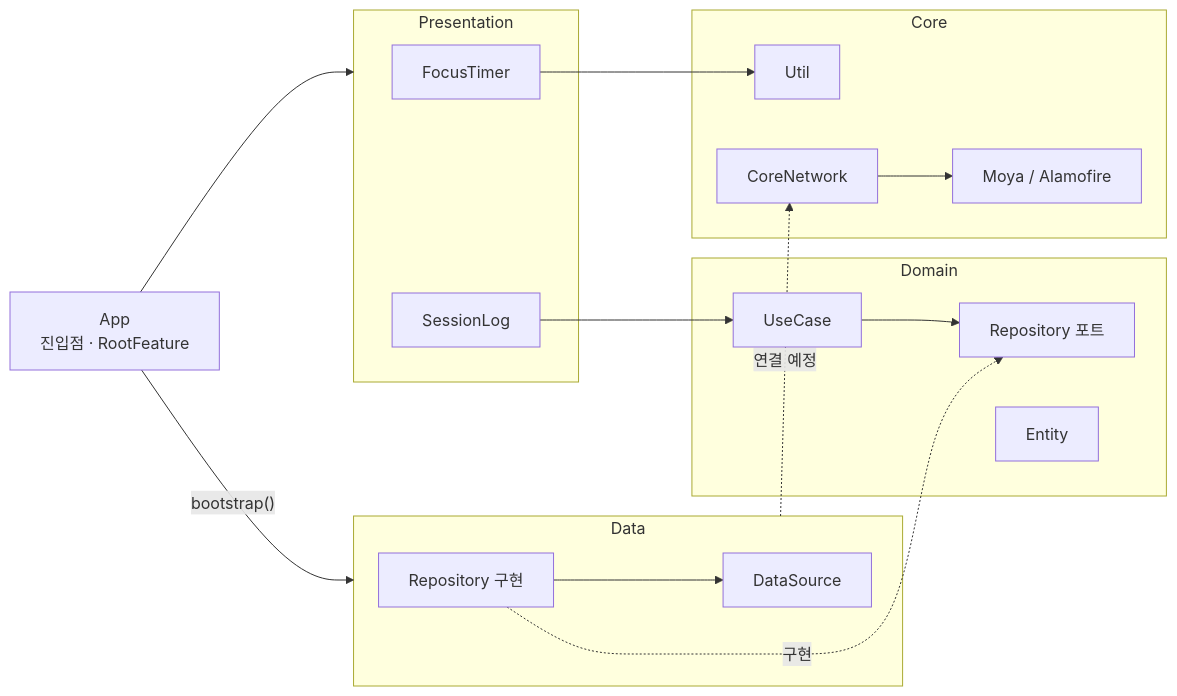
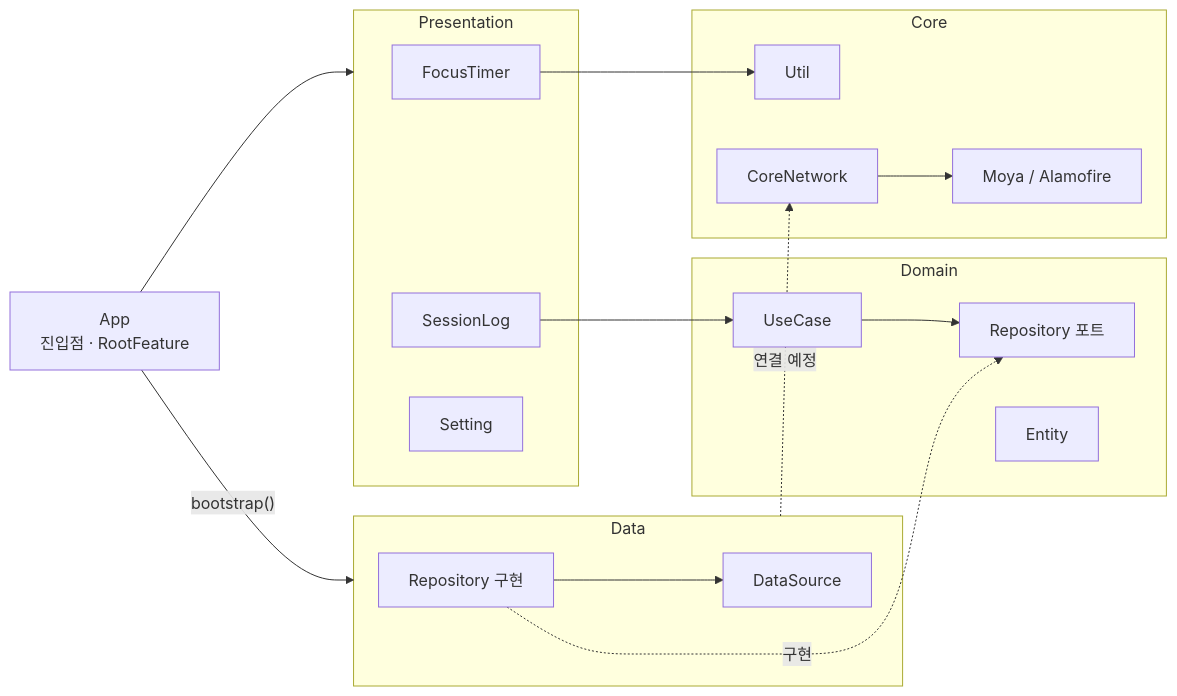
One commit to Younggun-Kim/HyperFocus2 changed the diagram in README.md. Above: the diagram before and after it, drawn with Mermaid.

Commit message:
docs: README 아키텍처 다이어그램에 Setting 모듈 추가

````diff
--- a/README.md
+++ b/README.md
@@ -33,30 +33,31 @@
 ```mermaid
 flowchart LR
     App["App<br/>진입점 · RootFeature"]
 
     subgraph Presentation
         FocusTimer
         SessionLog
+        Setting
     end
 
     subgraph Domain
         UseCase --> RepoPort["Repository 포트"]
         Entity
     end
 
     subgraph Data
         RepoLive["Repository 구현"] --> DataSource
     end
 
     subgraph Core
         Util
         CoreNetwork --> Moya["Moya / Alamofire"]
     end
 
     App --> Presentation
     App -- "bootstrap()" --> Data
     FocusTimer --> Util
     SessionLog --> UseCase
     RepoLive -. 구현 .-> RepoPort
     Data -. 연결 예정 .-> CoreNetwork
 ```
````
